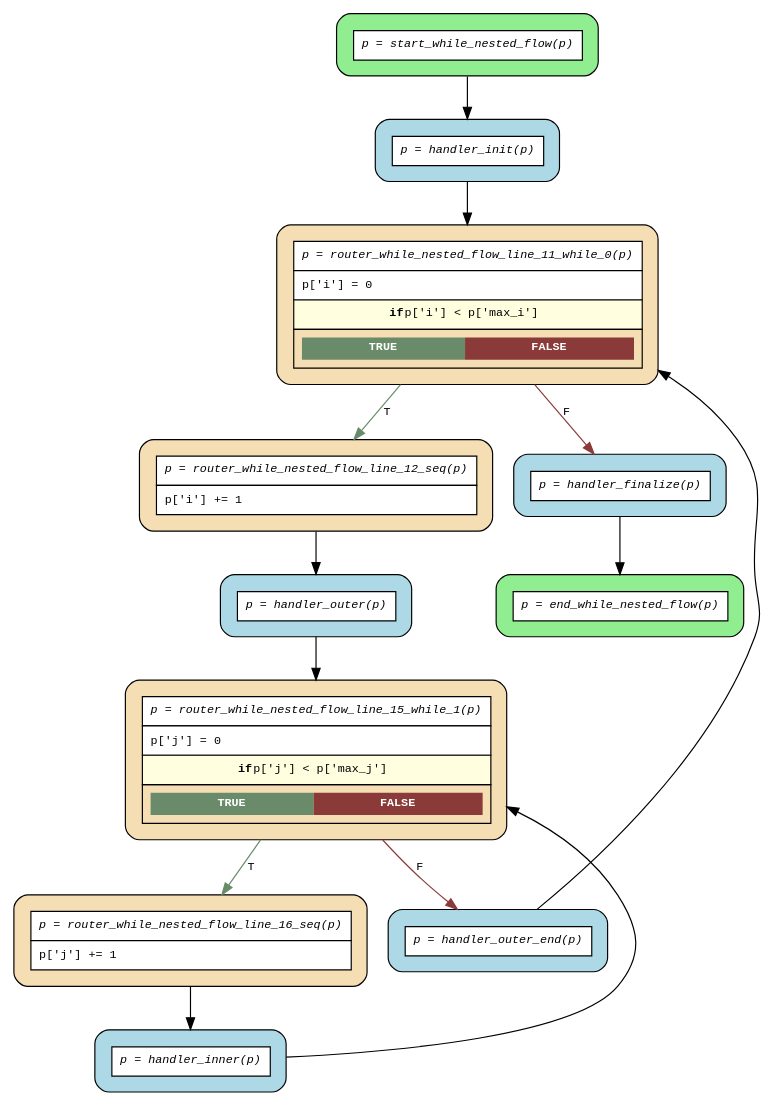
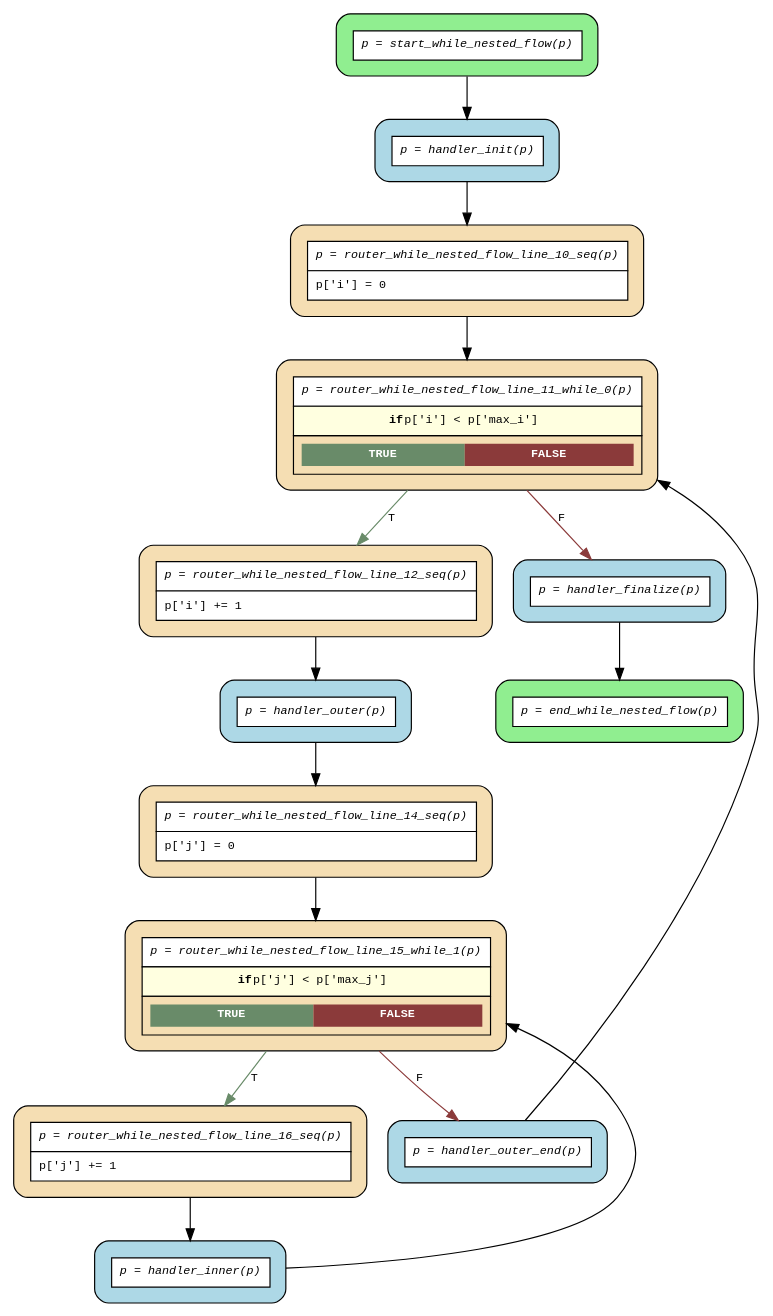
One commit to deliveryhero/asya changed the diagram in examples/flows/compiled/while_nested/flow.dot. Above: the diagram before and after it, drawn with Graphviz. The commit also changed 31 other files, not shown here.

```diff
--- a/examples/flows/compiled/while_nested/flow.dot
+++ b/examples/flows/compiled/while_nested/flow.dot
@@ -1,31 +1,35 @@
 digraph flow {
   rankdir=TB;
   graph [fontname="Courier", fontsize=10];
   node [fontname="Courier", fontsize=10, shape=box, style="filled,rounded", margin="0.2"];
   edge [fontname="Courier", fontsize=10];
 
   start_while_nested_flow [fillcolor="lightgreen", label=<<table border="0" cellspacing="0" cellpadding="6" cellborder="1"><tr><td bgcolor="white" align="center"><i>p = start_while_nested_flow(p)</i></td></tr></table>>];
   router_while_nested_flow_line_16_seq [fillcolor="wheat", label=<<table border="0" cellspacing="0" cellpadding="6" cellborder="1"><tr><td bgcolor="white" align="center"><i>p = router_while_nested_flow_line_16_seq(p)</i></td></tr><tr><td bgcolor="white" align="left">p['j'] += 1</td></tr></table>>];
-  router_while_nested_flow_line_15_while_1 [fillcolor="wheat", label=<<table border="0" cellspacing="0" cellpadding="6" cellborder="1"><tr><td bgcolor="white" align="center"><i>p = router_while_nested_flow_line_15_while_1(p)</i></td></tr><tr><td bgcolor="white" align="left">p['j'] = 0</td></tr><tr><td bgcolor="lightyellow"><b>if</b> p['j'] &lt; p['max_j']</td></tr><tr><td><table border="0" cellspacing="0" cellpadding="4"><tr><td bgcolor="darkseagreen4"><font color="white"><b>TRUE</b></font></td><td bgcolor="indianred4"><font color="white"><b>FALSE</b></font></td></tr></table></td></tr></table>>];
+  router_while_nested_flow_line_15_while_1 [fillcolor="wheat", label=<<table border="0" cellspacing="0" cellpadding="6" cellborder="1"><tr><td bgcolor="white" align="center"><i>p = router_while_nested_flow_line_15_while_1(p)</i></td></tr><tr><td bgcolor="lightyellow"><b>if</b> p['j'] &lt; p['max_j']</td></tr><tr><td><table border="0" cellspacing="0" cellpadding="4"><tr><td bgcolor="darkseagreen4"><font color="white"><b>TRUE</b></font></td><td bgcolor="indianred4"><font color="white"><b>FALSE</b></font></td></tr></table></td></tr></table>>];
+  router_while_nested_flow_line_14_seq [fillcolor="wheat", label=<<table border="0" cellspacing="0" cellpadding="6" cellborder="1"><tr><td bgcolor="white" align="center"><i>p = router_while_nested_flow_line_14_seq(p)</i></td></tr><tr><td bgcolor="white" align="left">p['j'] = 0</td></tr></table>>];
   router_while_nested_flow_line_12_seq [fillcolor="wheat", label=<<table border="0" cellspacing="0" cellpadding="6" cellborder="1"><tr><td bgcolor="white" align="center"><i>p = router_while_nested_flow_line_12_seq(p)</i></td></tr><tr><td bgcolor="white" align="left">p['i'] += 1</td></tr></table>>];
-  router_while_nested_flow_line_11_while_0 [fillcolor="wheat", label=<<table border="0" cellspacing="0" cellpadding="6" cellborder="1"><tr><td bgcolor="white" align="center"><i>p = router_while_nested_flow_line_11_while_0(p)</i></td></tr><tr><td bgcolor="white" align="left">p['i'] = 0</td></tr><tr><td bgcolor="lightyellow"><b>if</b> p['i'] &lt; p['max_i']</td></tr><tr><td><table border="0" cellspacing="0" cellpadding="4"><tr><td bgcolor="darkseagreen4"><font color="white"><b>TRUE</b></font></td><td bgcolor="indianred4"><font color="white"><b>FALSE</b></font></td></tr></table></td></tr></table>>];
+  router_while_nested_flow_line_11_while_0 [fillcolor="wheat", label=<<table border="0" cellspacing="0" cellpadding="6" cellborder="1"><tr><td bgcolor="white" align="center"><i>p = router_while_nested_flow_line_11_while_0(p)</i></td></tr><tr><td bgcolor="lightyellow"><b>if</b> p['i'] &lt; p['max_i']</td></tr><tr><td><table border="0" cellspacing="0" cellpadding="4"><tr><td bgcolor="darkseagreen4"><font color="white"><b>TRUE</b></font></td><td bgcolor="indianred4"><font color="white"><b>FALSE</b></font></td></tr></table></td></tr></table>>];
+  router_while_nested_flow_line_10_seq [fillcolor="wheat", label=<<table border="0" cellspacing="0" cellpadding="6" cellborder="1"><tr><td bgcolor="white" align="center"><i>p = router_while_nested_flow_line_10_seq(p)</i></td></tr><tr><td bgcolor="white" align="left">p['i'] = 0</td></tr></table>>];
   end_while_nested_flow [fillcolor="lightgreen", label=<<table border="0" cellspacing="0" cellpadding="6" cellborder="1"><tr><td bgcolor="white" align="center"><i>p = end_while_nested_flow(p)</i></td></tr></table>>];
   handler_finalize [fillcolor="lightblue", label=<<table border="0" cellspacing="0" cellpadding="6" cellborder="1"><tr><td bgcolor="white" align="center"><i>p = handler_finalize(p)</i></td></tr></table>>];
   handler_init [fillcolor="lightblue", label=<<table border="0" cellspacing="0" cellpadding="6" cellborder="1"><tr><td bgcolor="white" align="center"><i>p = handler_init(p)</i></td></tr></table>>];
   handler_inner [fillcolor="lightblue", label=<<table border="0" cellspacing="0" cellpadding="6" cellborder="1"><tr><td bgcolor="white" align="center"><i>p = handler_inner(p)</i></td></tr></table>>];
   handler_outer [fillcolor="lightblue", label=<<table border="0" cellspacing="0" cellpadding="6" cellborder="1"><tr><td bgcolor="white" align="center"><i>p = handler_outer(p)</i></td></tr></table>>];
   handler_outer_end [fillcolor="lightblue", label=<<table border="0" cellspacing="0" cellpadding="6" cellborder="1"><tr><td bgcolor="white" align="center"><i>p = handler_outer_end(p)</i></td></tr></table>>];
 
   handler_finalize -> end_while_nested_flow;
-  handler_init -> router_while_nested_flow_line_11_while_0;
+  handler_init -> router_while_nested_flow_line_10_seq;
   handler_inner -> router_while_nested_flow_line_15_while_1 [constraint=false];
-  handler_outer -> router_while_nested_flow_line_15_while_1;
+  handler_outer -> router_while_nested_flow_line_14_seq;
   handler_outer_end -> router_while_nested_flow_line_11_while_0 [constraint=false];
+  router_while_nested_flow_line_10_seq -> router_while_nested_flow_line_11_while_0;
   router_while_nested_flow_line_11_while_0 -> handler_finalize [label="F", color=indianred4];
   router_while_nested_flow_line_11_while_0 -> router_while_nested_flow_line_12_seq [label="T", color=darkseagreen4];
   router_while_nested_flow_line_12_seq -> handler_outer;
+  router_while_nested_flow_line_14_seq -> router_while_nested_flow_line_15_while_1;
   router_while_nested_flow_line_15_while_1 -> handler_outer_end [label="F", color=indianred4];
   router_while_nested_flow_line_15_while_1 -> router_while_nested_flow_line_16_seq [label="T", color=darkseagreen4];
   router_while_nested_flow_line_16_seq -> handler_inner;
   start_while_nested_flow -> handler_init;
 }
```
